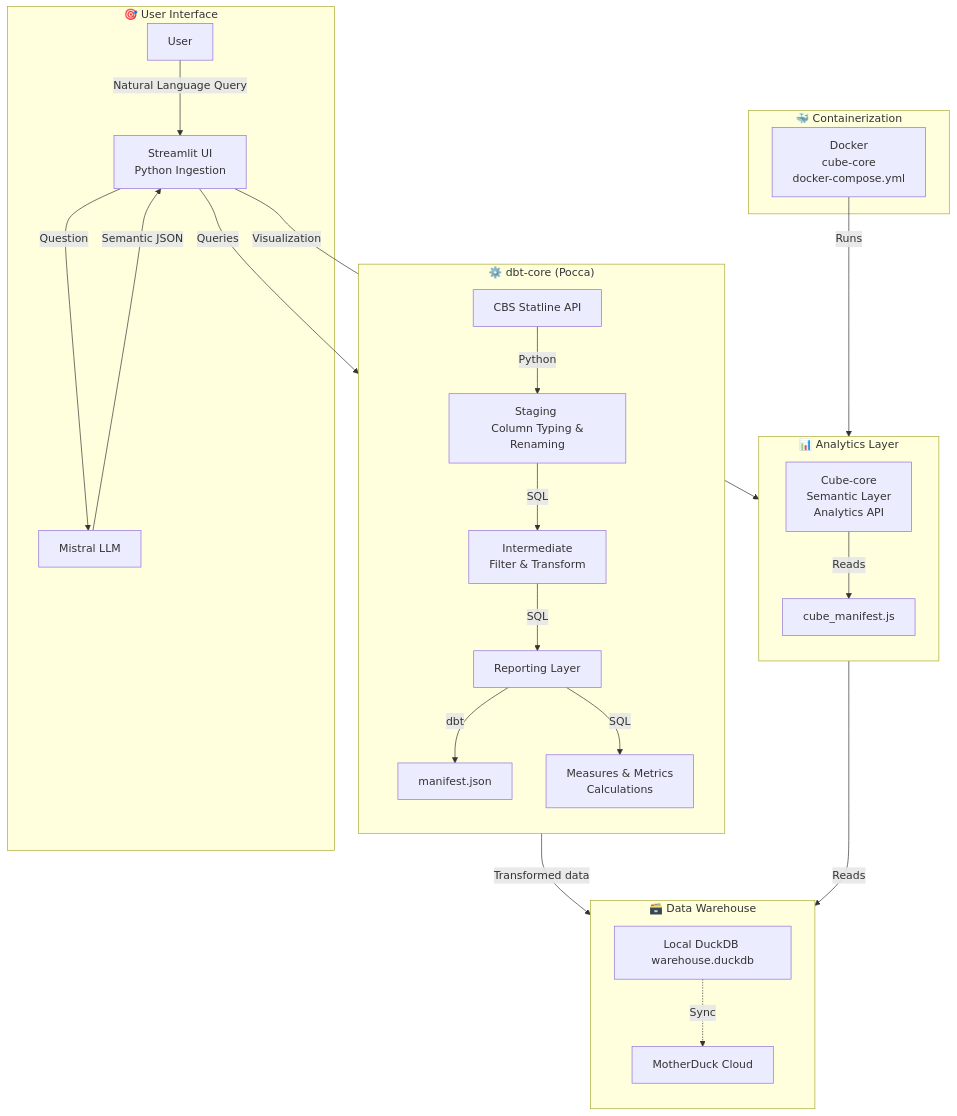
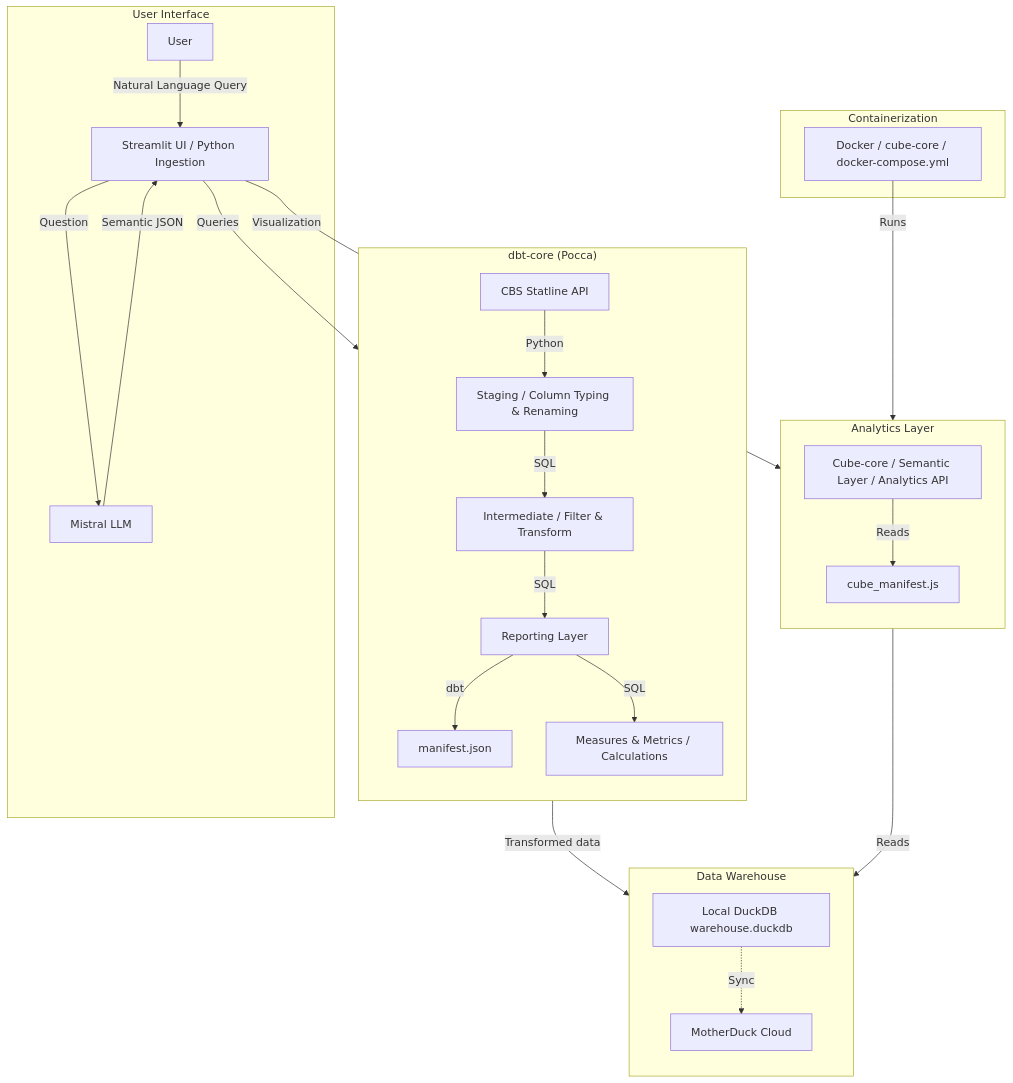
The diagram in README.md (jveldman/ConversationalAnalytics), drawn with Mermaid before and after one commit. The commit also changed other lines of this file and 33 other files, not shown here.

`````diff
--- a/README.md
+++ b/README.md
@@ -1,49 +23,39 @@
 ```mermaid
 flowchart TB
-    subgraph UserInterface["🎯 User Interface"]
-        U[User] -->|Natural Language Query| S[Streamlit UI <br> Python Ingestion]
-        S -->|Question| M[ Mistral LLM]
-        M -->|Semantic JSON| S
-    end
+  subgraph UserInterface["User Interface"]
+    U[User] -->|Natural Language Query| S[Streamlit UI / Python Ingestion]
+    S -->|Question| M[Mistral LLM]
+    M -->|Semantic JSON| S
+  end
 
-    subgraph DataWarehouse["🗃️ Data Warehouse"]
-        direction TB
-        DD[Local DuckDB warehouse.duckdb]
-        MD[MotherDuck Cloud]
-        DD -.->|Sync| MD
-    end
+  subgraph DataWarehouse["Data Warehouse"]
+    direction TB
+    DD[Local DuckDB warehouse.duckdb]
+    MD[MotherDuck Cloud]
+    DD -.->|Sync| MD
+  end
 
-    subgraph DbtCore["⚙️ dbt-core (Pocca)"]
-        direction TB
-        SO[CBS Statline API] -->|Python| ST[Staging <br> Column Typing & Renaming]
-        ST -->|SQL| IM[Intermediate <br> Filter & Transform]
-        IM -->|SQL| RP[Reporting Layer]
-        RP -->|dbt| MF[manifest.json]
-        RP -->|SQL| MM[Measures & Metrics <br> Calculations]
+  subgraph DbtCore["dbt-core (Pocca)"]
+    direction TB
+    SO[CBS Statline API] -->|Python| ST[Staging / Column Typing & Renaming]
+    ST -->|SQL| IM[Intermediate / Filter & Transform]
+    IM -->|SQL| RP[Reporting Layer]
+    RP -->|dbt| MF[manifest.json]
+    RP -->|SQL| MM[Measures & Metrics / Calculations]
+  end
 
-    end
+  subgraph Analytics["Analytics Layer"]
+    direction TB
+    CC[Cube-core / Semantic Layer / Analytics API] -->|Reads| CJ[cube_manifest.js]
+  end
 
-    subgraph Analytics["📊 Analytics Layer"]
-        direction TB
-        CC[Cube-core <br> Semantic Layer <br>Analytics API] -->|Reads| CJ[cube_manifest.js]
-    end
+  subgraph Containerization["Containerization"]
+    D[Docker / cube-core / docker-compose.yml]
+  end
 
-    subgraph Containerization["🐳 Containerization"]
-        D[Docker <br> cube-core <br> docker-compose.yml]
-    end
-
-    
-
-    S -->|Queries| DbtCore
-    DbtCore -->|Transformed data| DD
-    CJ -->|Reads| DD
-    D -->|Runs| CC
-    S -->|Visualization| CC
-    
-    
-    %% style UserInterface fill:#f9f,stroke:#333
-    %% style DataWarehouse fill:#bbf,stroke:#333
-    %% style DbtCore fill:#9f9,stroke:#333
-    %% style Analytics fill:#ff9,stroke:#333
-    %% style Containerization fill:#99f,stroke:#333
-````
+  S -->|Queries| DbtCore
+  DbtCore -->|Transformed data| DD
+  CJ -->|Reads| DD
+  D -->|Runs| CC
+  S -->|Visualization| CC
+```
`````
